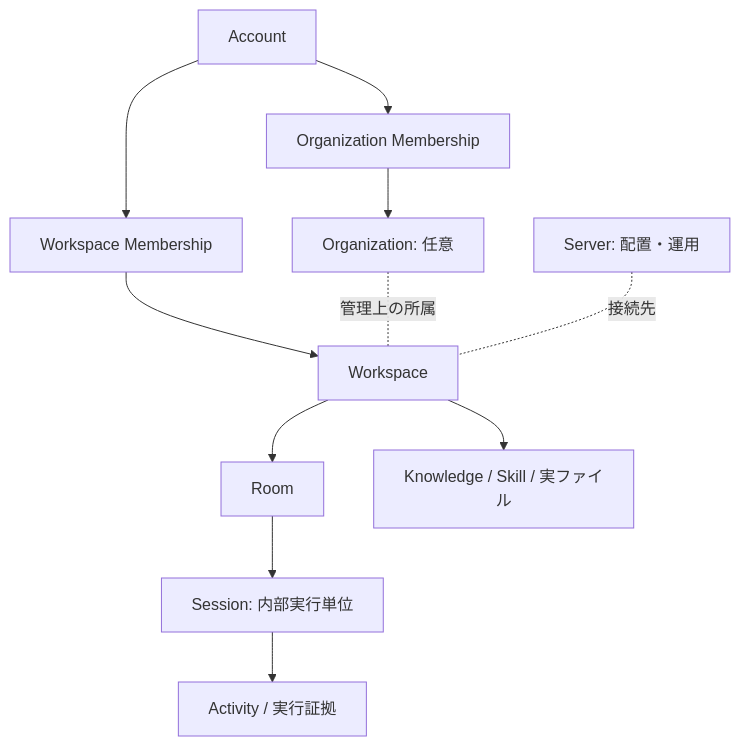
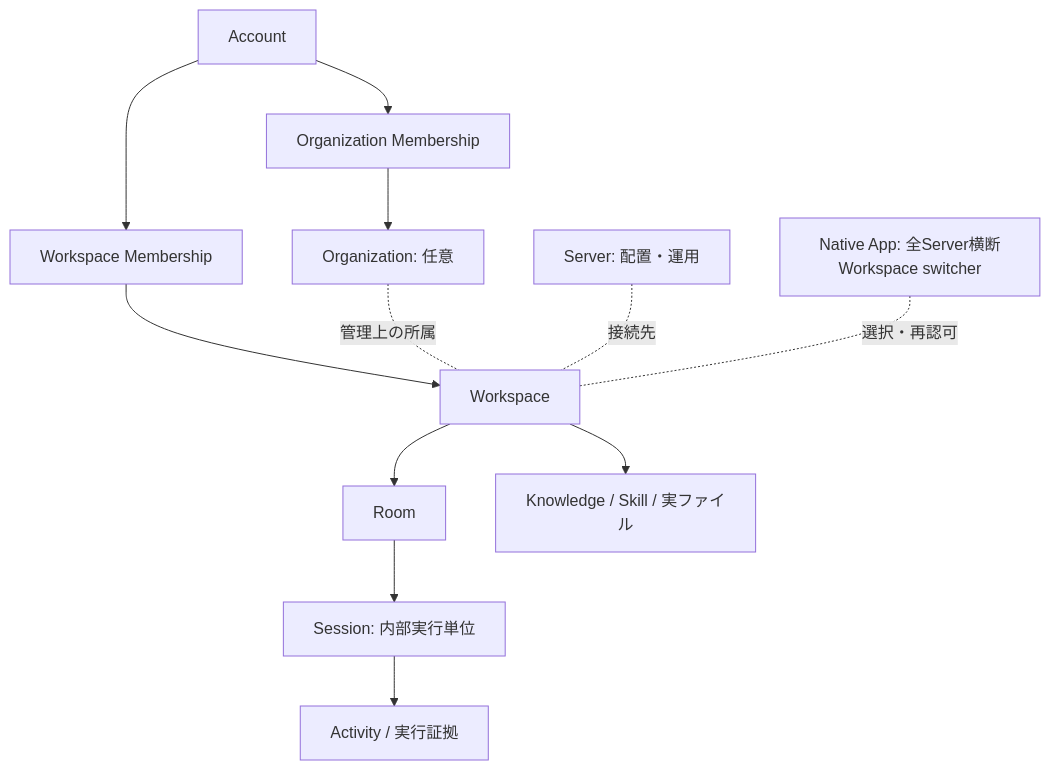
Before and after one commit to Takuma-kaho/Samurai-Agent: the first of 2 diagrams in docs/designs/organization.md, drawn with Mermaid. The commit also changed other lines of this file and 80 other files, not shown here.

```diff
--- a/docs/designs/organization.md
+++ b/docs/designs/organization.md
@@ -50,13 +50,14 @@
 ~~~mermaid
 flowchart TD
   A[Account] --> WM[Workspace Membership]
   WM --> W[Workspace]
   W --> R[Room]
   R --> S[Session: 内部実行単位]
   S --> AC[Activity / 実行証拠]
   W --> K[Knowledge / Skill / 実ファイル]
   A --> OM[Organization Membership]
   OM --> O[Organization: 任意]
   O -.管理上の所属.- W
   SV[Server: 配置・運用] -.接続先.- W
+  NS[Native App: 全Server横断Workspace switcher] -.選択・再認可.- W
 ~~~
```
